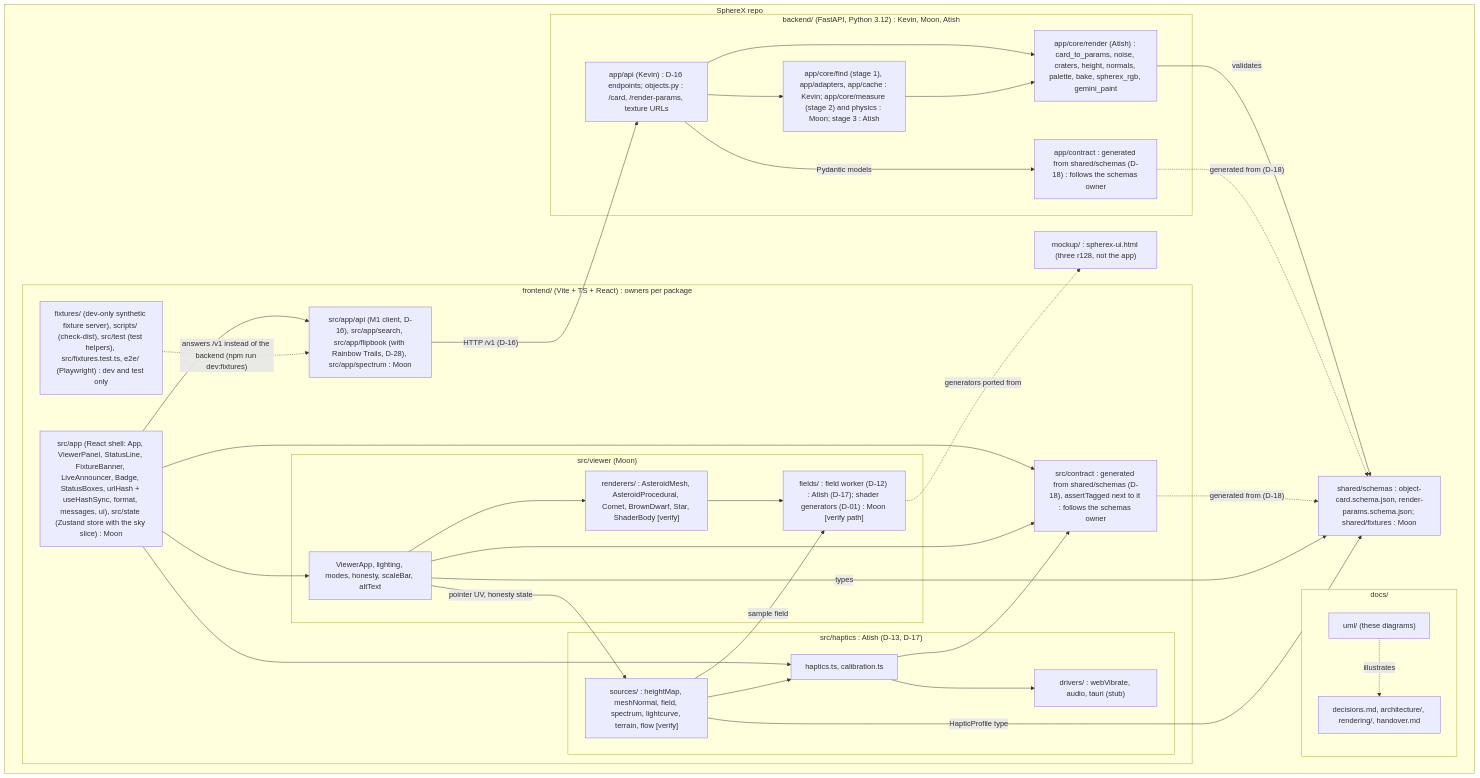
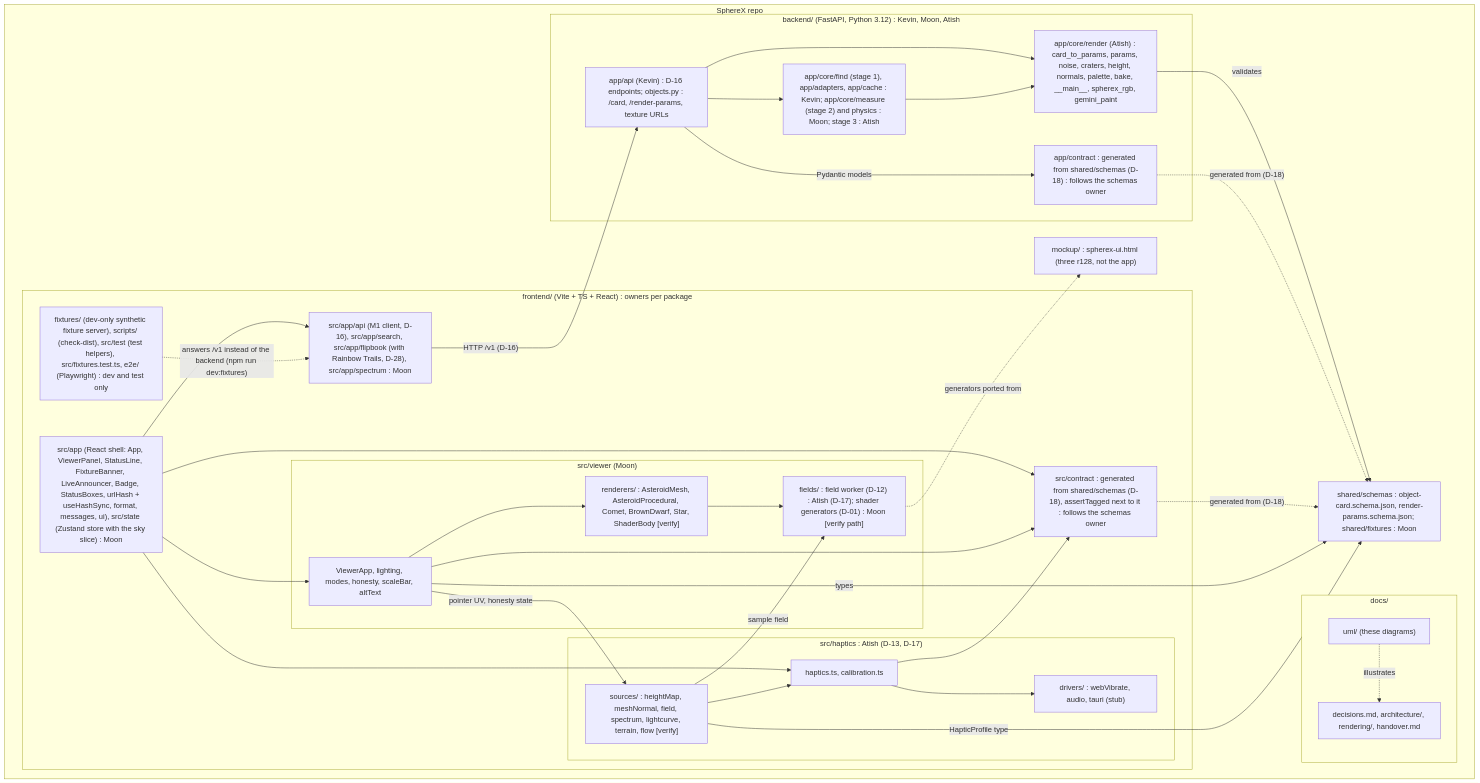
The diagram in docs/uml/04-package.md (0ffrian/SphereX), drawn with Mermaid before and after one commit. The commit also changed 11 other files, not shown here.

````diff
--- a/docs/uml/04-package.md
+++ b/docs/uml/04-package.md
@@ -5,64 +5,64 @@
 ```mermaid
 flowchart TB
   subgraph Repo["SphereX repo"]
     subgraph Docs["docs/"]
       DocSpecs["decisions.md, architecture/, rendering/, handover.md"]
       DocUML["uml/ (these diagrams)"]
     end
 
     Mockup["mockup/ : spherex-ui.html (three r128, not the app)"]
 
     subgraph Backend["backend/ (FastAPI, Python 3.12) : Kevin, Moon, Atish"]
       BApi["app/api (Kevin) : D-16 endpoints; objects.py : /card, /render-params, texture URLs"]
       BPipe["app/core/find (stage 1), app/adapters, app/cache : Kevin; app/core/measure (stage 2) and physics : Moon; stage 3 : Atish"]
-      BRender["app/core/render (Atish) : card_to_params, noise, craters, height, normals, palette, bake, spherex_rgb, gemini_paint"]
+      BRender["app/core/render (Atish) : card_to_params, params, noise, craters, height, normals, palette, bake, __main__, spherex_rgb, gemini_paint"]
       BContract["app/contract : generated from shared/schemas (D-18) : follows the schemas owner"]
     end
 
     subgraph Frontend["frontend/ (Vite + TS + React) : owners per package"]
       FApp["src/app (React shell: App, ViewerPanel, StatusLine, FixtureBanner, LiveAnnouncer, Badge, StatusBoxes, urlHash + useHashSync, format, messages, ui), src/state (Zustand store with the sky slice) : Moon"]
       FFlip["src/app/api (M1 client, D-16), src/app/search, src/app/flipbook (with Rainbow Trails, D-28), src/app/spectrum : Moon"]
       FDev["fixtures/ (dev-only synthetic fixture server), scripts/ (check-dist), src/test (test helpers), src/fixtures.test.ts, e2e/ (Playwright) : dev and test only"]
       FContract["src/contract : generated from shared/schemas (D-18), assertTagged next to it : follows the schemas owner"]
       subgraph FViewer["src/viewer (Moon)"]
         VCore["ViewerApp, lighting, modes, honesty, scaleBar, altText"]
         VRend["renderers/ : AsteroidMesh, AsteroidProcedural, Comet, BrownDwarf, Star, ShaderBody [verify]"]
         VFields["fields/ : field worker (D-12) : Atish (D-17); shader generators (D-01) : Moon [verify path]"]
       end
       subgraph FHaptics["src/haptics : Atish (D-13, D-17)"]
         HCore["haptics.ts, calibration.ts"]
         HDrivers["drivers/ : webVibrate, audio, tauri (stub)"]
         HSources["sources/ : heightMap, meshNormal, field, spectrum, lightcurve, terrain, flow [verify]"]
       end
     end
 
     Schemas["shared/schemas : object-card.schema.json, render-params.schema.json; shared/fixtures : Moon"]
   end
 
   DocUML -.->|"illustrates"| DocSpecs
   BApi --> BPipe
   BApi --> BRender
   BPipe --> BRender
   BRender -->|"validates"| Schemas
   BApi -->|"Pydantic models"| BContract
   BContract -.->|"generated from (D-18)"| Schemas
 
   FApp --> VCore
   FApp --> FContract
   VCore --> FContract
   HCore --> FContract
   FContract -.->|"generated from (D-18)"| Schemas
   FApp --> HCore
   FApp --> FFlip
   FFlip -->|"HTTP /v1 (D-16)"| BApi
   FDev -.->|"answers /v1 instead of the backend (npm run dev:fixtures)"| FFlip
   VCore --> VRend
   VRend --> VFields
   VCore -->|"pointer UV, honesty state"| HSources
   HSources --> HCore
   HSources -->|"sample field"| VFields
   HCore --> HDrivers
   VCore -->|"types"| Schemas
   HSources -->|"HapticProfile type"| Schemas
   VFields -.->|"generators ported from"| Mockup
 ```
````
